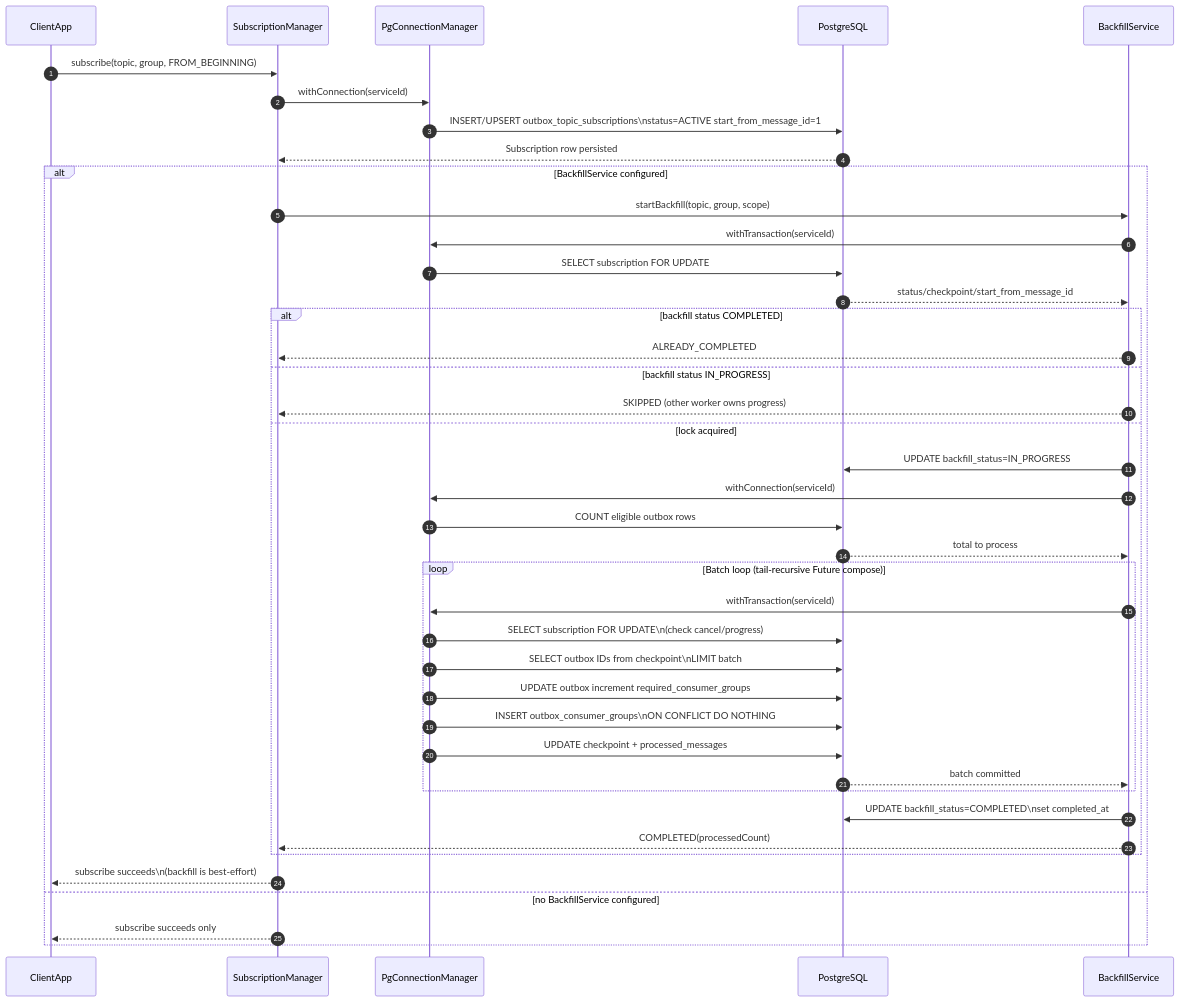
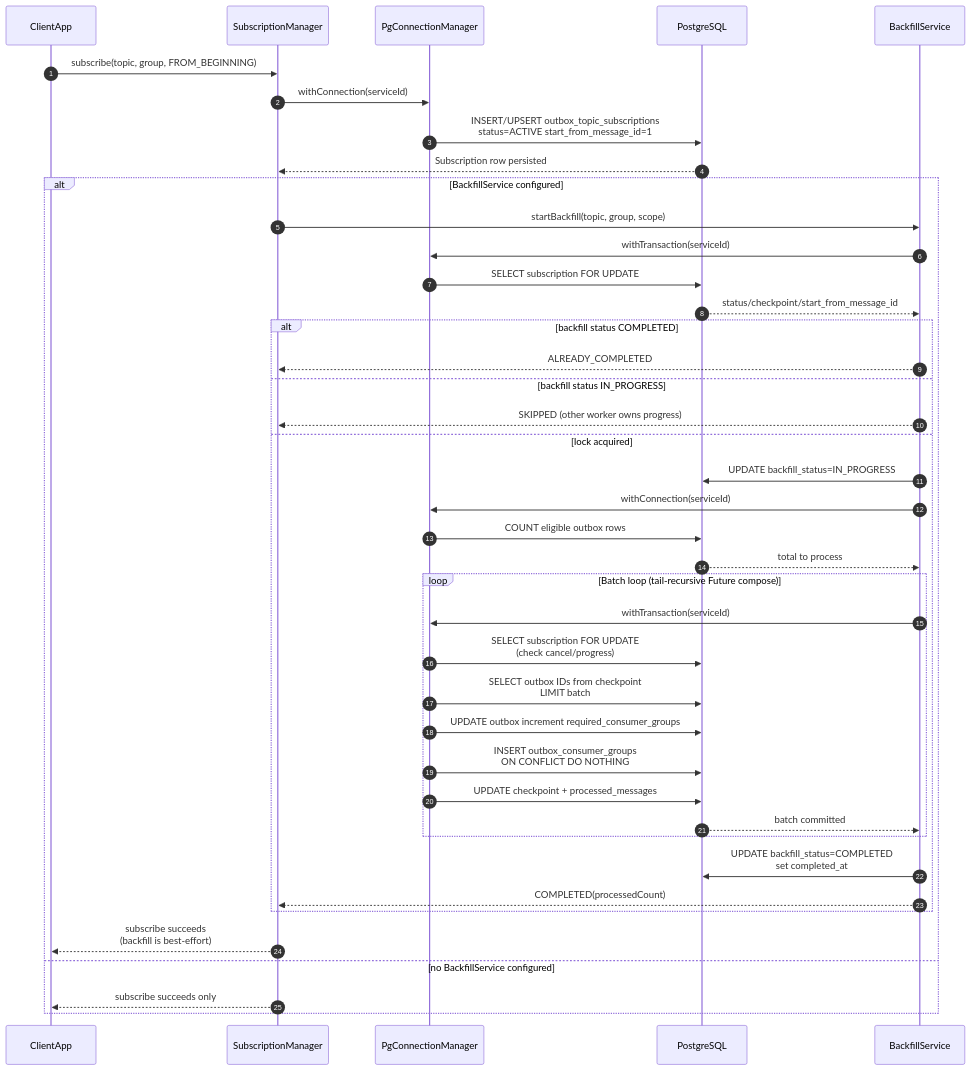
The first of 3 diagrams in docs/PEEGEEQ_SYSTEM_MODULES_SEQUENCE_DIAGRAMS.md (mraysmit/peegeeq), drawn with Mermaid before and after one commit. The commit also changed other lines of this file and 10 other files, not shown here.

````diff
--- a/docs/PEEGEEQ_SYSTEM_MODULES_SEQUENCE_DIAGRAMS.md
+++ b/docs/PEEGEEQ_SYSTEM_MODULES_SEQUENCE_DIAGRAMS.md
@@ -63,49 +63,49 @@
 ```mermaid
 sequenceDiagram
     autonumber
     participant App as ClientApp
     participant Sub as SubscriptionManager
     participant Cx as PgConnectionManager
     participant DB as PostgreSQL
     participant Bf as BackfillService
 
     App->>Sub: subscribe(topic, group, FROM_BEGINNING)
     Sub->>Cx: withConnection(serviceId)
-    Cx->>DB: INSERT/UPSERT outbox_topic_subscriptions\nstatus=ACTIVE start_from_message_id=1
+    Cx->>DB: INSERT/UPSERT outbox_topic_subscriptions<br/>status=ACTIVE start_from_message_id=1
     DB-->>Sub: Subscription row persisted
 
     alt BackfillService configured
         Sub->>Bf: startBackfill(topic, group, scope)
         Bf->>Cx: withTransaction(serviceId)
         Cx->>DB: SELECT subscription FOR UPDATE
         DB-->>Bf: status/checkpoint/start_from_message_id
 
         alt backfill status COMPLETED
             Bf-->>Sub: ALREADY_COMPLETED
         else backfill status IN_PROGRESS
             Bf-->>Sub: SKIPPED (other worker owns progress)
         else lock acquired
             Bf->>DB: UPDATE backfill_status=IN_PROGRESS
             Bf->>Cx: withConnection(serviceId)
             Cx->>DB: COUNT eligible outbox rows
             DB-->>Bf: total to process
 
             loop Batch loop (tail-recursive Future compose)
                 Bf->>Cx: withTransaction(serviceId)
-                Cx->>DB: SELECT subscription FOR UPDATE\n(check cancel/progress)
-                Cx->>DB: SELECT outbox IDs from checkpoint\nLIMIT batch
+                Cx->>DB: SELECT subscription FOR UPDATE<br/>(check cancel/progress)
+                Cx->>DB: SELECT outbox IDs from checkpoint<br/>LIMIT batch
                 Cx->>DB: UPDATE outbox increment required_consumer_groups
-                Cx->>DB: INSERT outbox_consumer_groups\nON CONFLICT DO NOTHING
+                Cx->>DB: INSERT outbox_consumer_groups<br/>ON CONFLICT DO NOTHING
                 Cx->>DB: UPDATE checkpoint + processed_messages
                 DB-->>Bf: batch committed
             end
 
-            Bf->>DB: UPDATE backfill_status=COMPLETED\nset completed_at
+            Bf->>DB: UPDATE backfill_status=COMPLETED<br/>set completed_at
             Bf-->>Sub: COMPLETED(processedCount)
         end
 
-        Sub-->>App: subscribe succeeds\n(backfill is best-effort)
+        Sub-->>App: subscribe succeeds<br/>(backfill is best-effort)
     else no BackfillService configured
         Sub-->>App: subscribe succeeds only
     end
 ```
````
